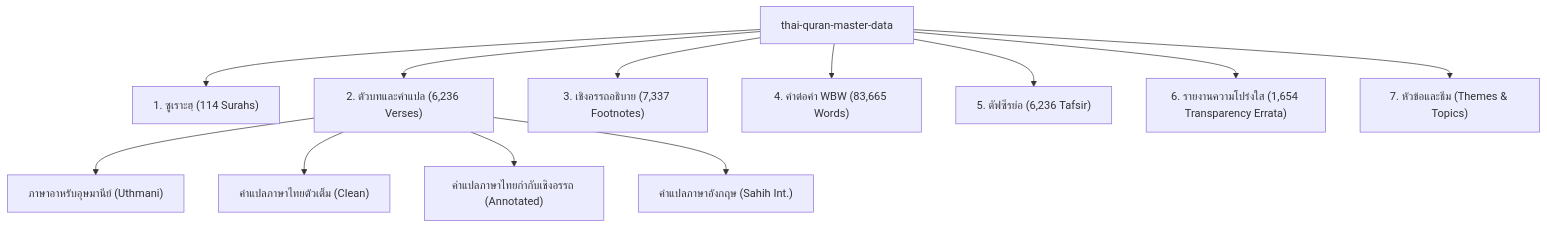
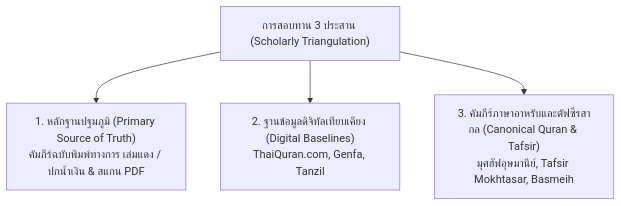
One commit to doxman13/thai-quran-master-data changed the diagram in README.md. Above: the diagram before and after it, drawn with Mermaid. The commit also changed other lines of this file and 1 other file, not shown here.

Commit message:
docs: add comprehensive academic methodology, digital provenance, and multi-stage restoration pipeline

````diff
--- a/README.md
+++ b/README.md
@@ -26,15 +36,6 @@
 ```mermaid
 graph TD
-    M["thai-quran-master-data"] --> S["1. ซูเราะฮฺ (114 Surahs)"]
-    M --> V["2. ตัวบทและคำแปล (6,236 Verses)"]
-    M --> F["3. เชิงอรรถอธิบาย (7,337 Footnotes)"]
-    M --> W["4. คำต่อคำ WBW (83,665 Words)"]
-    M --> T["5. ตัฟซีรย่อ (6,236 Tafsir)"]
-    M --> TR["6. รายงานความโปร่งใส (1,654 Transparency Errata)"]
-    M --> TH["7. หัวข้อและธีม (Themes & Topics)"]
-
-    V --> V1["ภาษาอาหรับอุษมานีย์ (Uthmani)"]
-    V --> V2["คำแปลภาษาไทยตัวเต็ม (Clean)"]
-    V --> V3["คำแปลภาษาไทยกำกับเชิงอรรถ (Annotated)"]
-    V --> V4["คำแปลภาษาอังกฤษ (Sahih Int.)"]
+    A["การสอบทาน 3 ประสาน (Scholarly Triangulation)"] --> B["1. หลักฐานปฐมภูมิ (Primary Source of Truth)<br>คัมภีร์ฉบับพิมพ์ทางการ เล่มแดง / ปกน้ำเงิน & สแกน PDF"]
+    A --> C["2. ฐานข้อมูลดิจิทัลเทียบเคียง (Digital Baselines)<br>ThaiQuran.com, Genfa, Tanzil"]
+    A --> D["3. คัมภีร์ภาษาอาหรับและตัฟซีรสากล (Canonical Quran & Tafsir)<br>มุศฮัฟอุษมานีย์, Tafsir Mokhtasar, Basmeih"]
 ```
````
